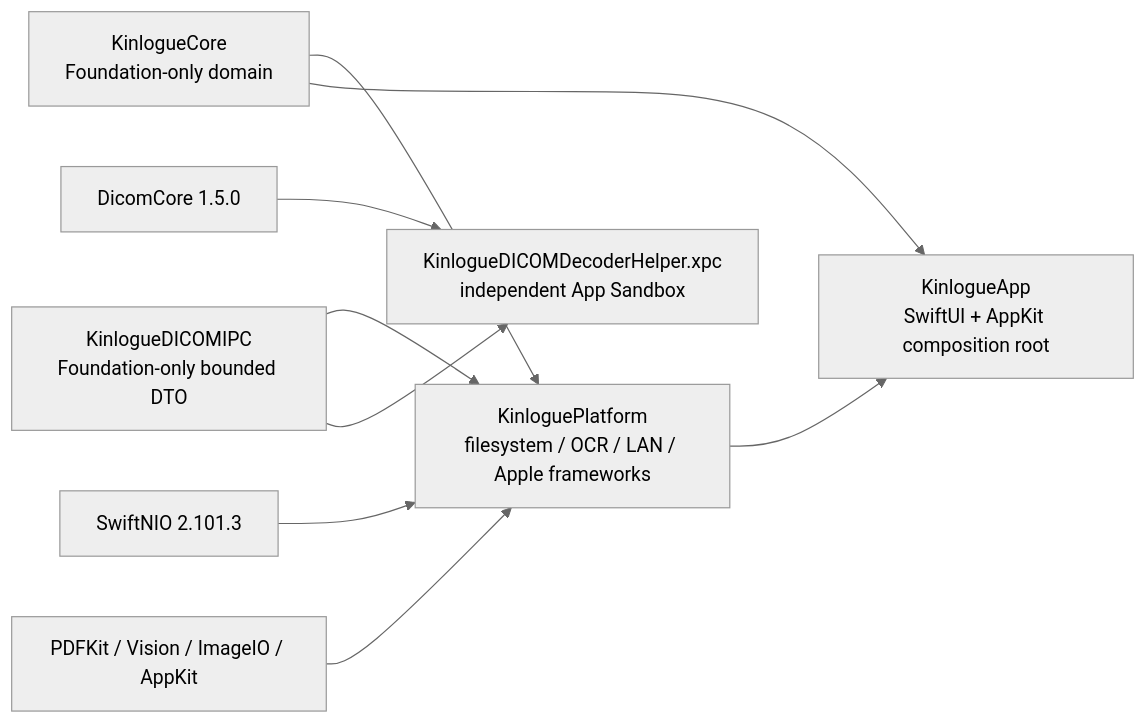
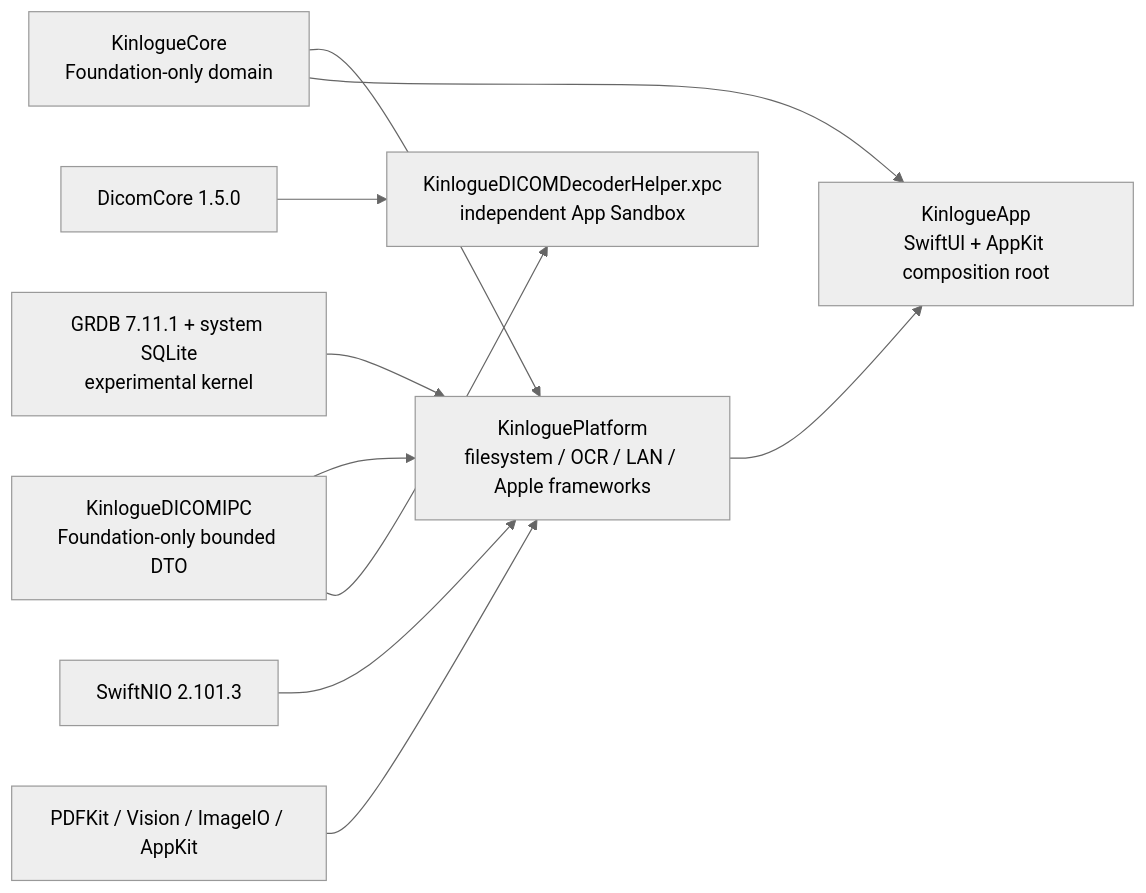
Before and after one commit to renyijiu/kinlogue: the first of 4 diagrams in docs/architecture.md, drawn with Mermaid (neutral theme). The commit also changed other lines of this file and 205 other files, not shown here.

````diff
--- a/docs/architecture.md
+++ b/docs/architecture.md
@@ -7,19 +7,21 @@
 ```mermaid
 flowchart LR
   Core["KinlogueCore\nFoundation-only domain"]
   Platform["KinloguePlatform\nfilesystem / OCR / LAN / Apple frameworks"]
   App["KinlogueApp\nSwiftUI + AppKit composition root"]
   NIO["SwiftNIO 2.101.3"]
+  SQLite["GRDB 7.11.1 + system SQLite\nexperimental kernel"]
   Apple["PDFKit / Vision / ImageIO / AppKit"]
   IPC["KinlogueDICOMIPC\nFoundation-only bounded DTO"]
   Helper["KinlogueDICOMDecoderHelper.xpc\nindependent App Sandbox"]
   Dicom["DicomCore 1.5.0"]
   Core --> Platform
   Core --> App
   Platform --> App
+  SQLite --> Platform
   NIO --> Platform
   Apple --> Platform
   IPC --> Platform
   IPC --> Helper
   Dicom --> Helper
 ```
````
